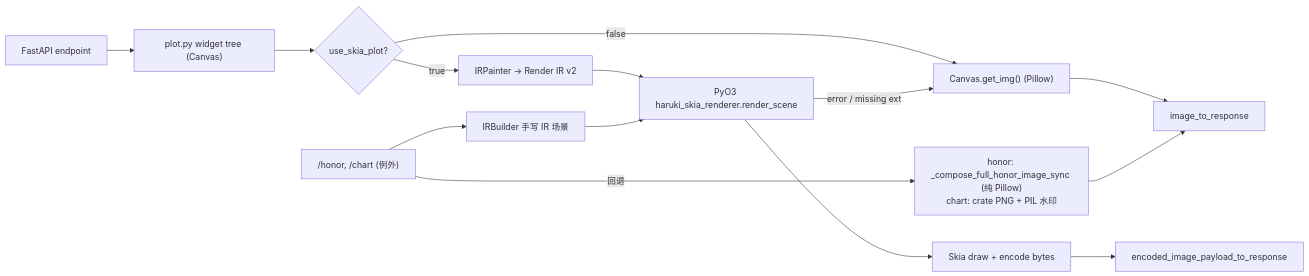
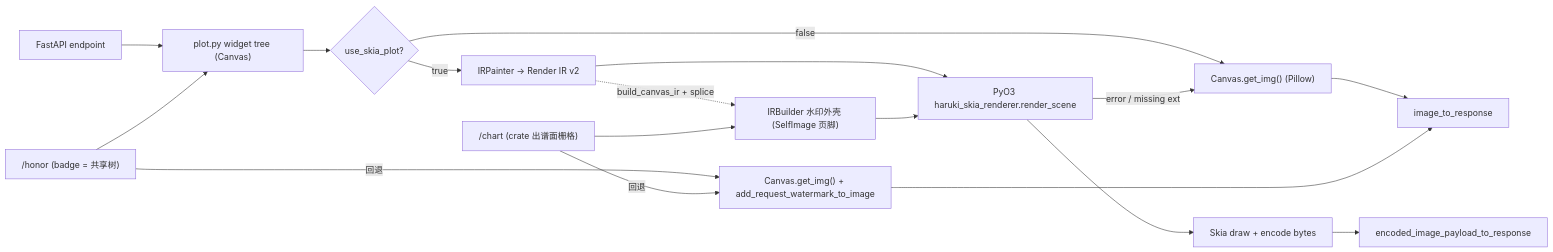
Before and after one commit to Team-Haruki/Haruki-Drawing-API: the diagram in docs/rust-skia-renderer-migration.md, drawn with Mermaid. The commit also changed other lines of this file and 20 other files, not shown here.

````diff
--- a/docs/rust-skia-renderer-migration.md
+++ b/docs/rust-skia-renderer-migration.md
@@ -71,17 +71,20 @@
 ```mermaid
 flowchart LR
     A["FastAPI endpoint"] --> C["plot.py widget tree (Canvas)"]
     C --> B{"use_skia_plot?"}
     B -- "false" --> P["Canvas.get_img() (Pillow)"]
     B -- "true" --> D["IRPainter -> Render IR v2"]
     D --> E["PyO3 haruki_skia_renderer.render_scene"]
     E --> F["Skia draw + encode bytes"]
     F --> G["encoded_image_payload_to_response"]
     E -- "error / missing ext" --> P
     P --> H["image_to_response"]
 
-    A2["/honor, /chart (例外)"] --> I["IRBuilder 手写 IR 场景"]
+    A2["/honor (badge = 共享树)"] --> C
+    D -. "build_canvas_ir + splice" .-> I["IRBuilder 水印外壳 (SelfImage 页脚)"]
+    A3["/chart (crate 出谱面栅格)"] --> I
     I --> E
-    A2 -- "回退" --> P2["honor: _compose_full_honor_image_sync (纯 Pillow)<br/>chart: crate PNG + PIL 水印"]
+    A2 -- "回退" --> P2["Canvas.get_img() + add_request_watermark_to_image"]
+    A3 -- "回退" --> P2
     P2 --> H
 ```
````
